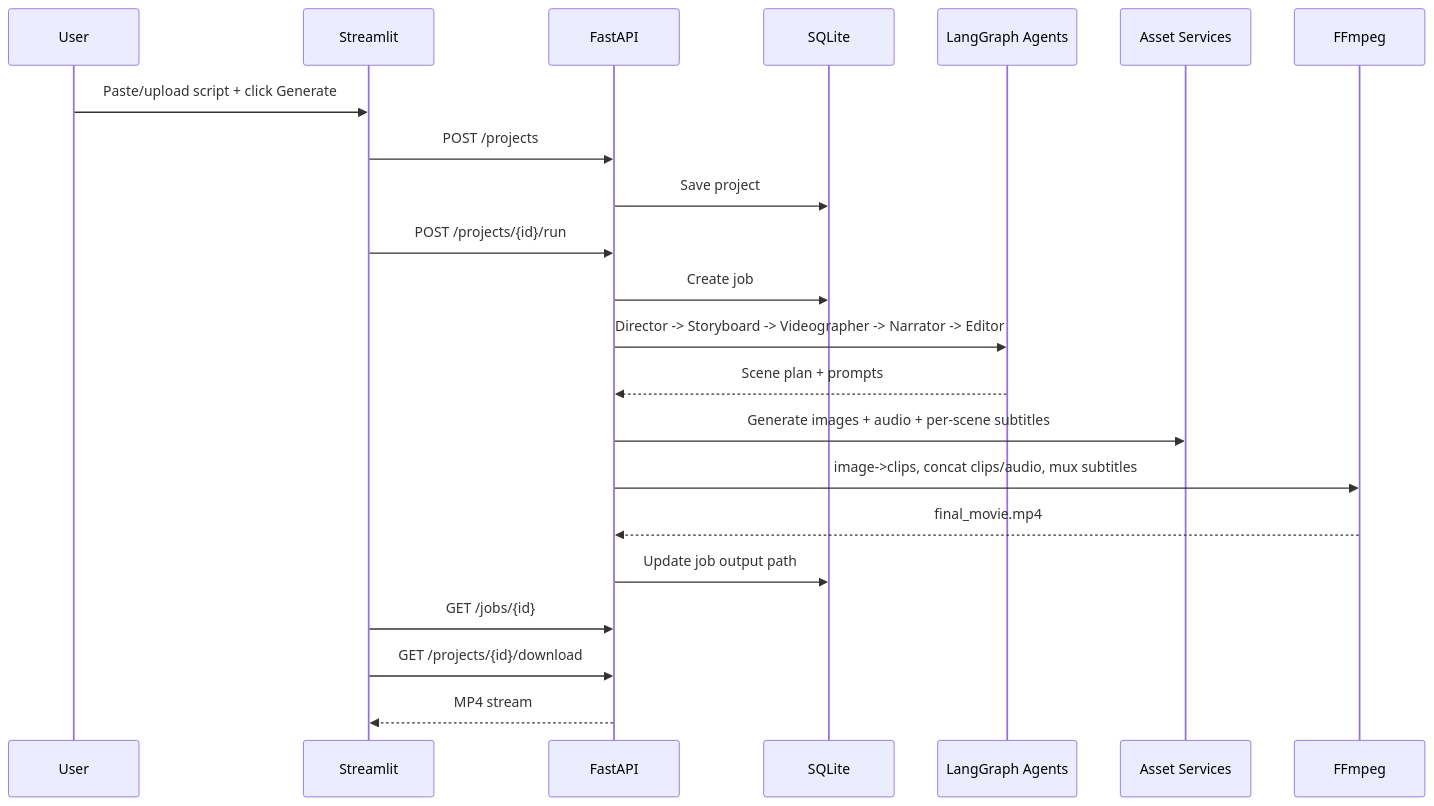
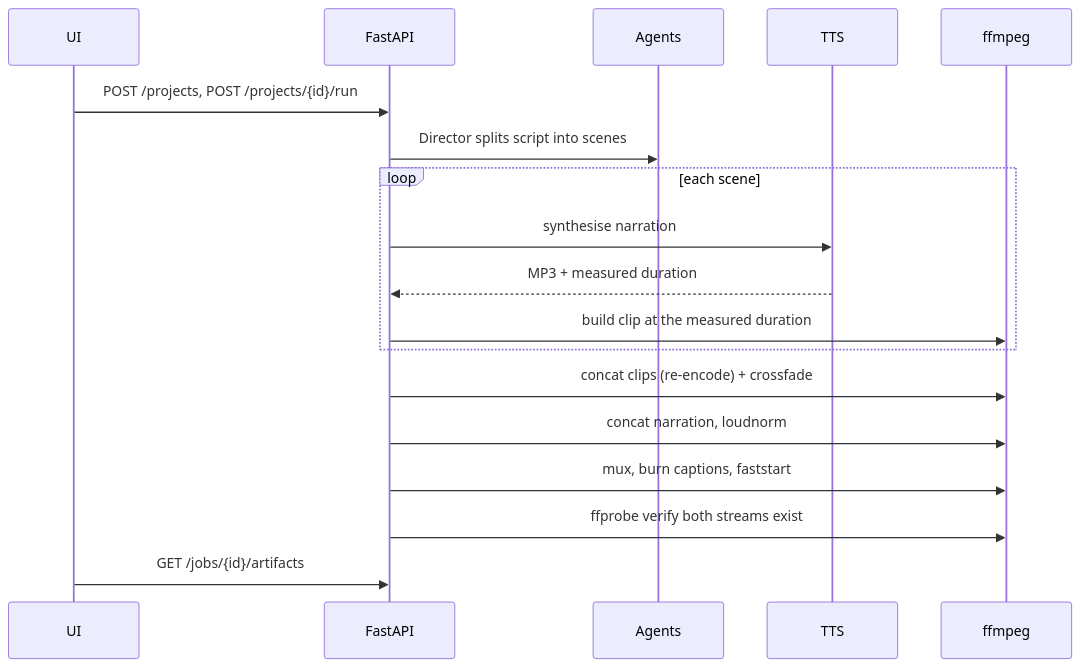
The second of 2 diagrams in docs/architecture.md (rameshjella/VidCreatorIQ), drawn with Mermaid before and after one commit. The commit also changed other lines of this file and 13 other files, not shown here.

````diff
--- a/docs/architecture.md
+++ b/docs/architecture.md
@@ -20,25 +29,21 @@
 ```mermaid
 sequenceDiagram
-    participant User
-    participant UI as Streamlit
+    participant UI
     participant API as FastAPI
-    participant DB as SQLite
-    participant AG as LangGraph Agents
-    participant GEN as Asset Services
-    participant FF as FFmpeg
+    participant AG as Agents
+    participant TTS
+    participant FF as ffmpeg
 
-    User->>UI: Paste/upload script + click Generate
-    UI->>API: POST /projects
-    API->>DB: Save project
-    UI->>API: POST /projects/{id}/run
-    API->>DB: Create job
-    API->>AG: Director -> Storyboard -> Videographer -> Narrator -> Editor
-    AG-->>API: Scene plan + prompts
-    API->>GEN: Generate images + audio + per-scene subtitles
-    API->>FF: image->clips, concat clips/audio, mux subtitles
-    FF-->>API: final_movie.mp4
-    API->>DB: Update job output path
-    UI->>API: GET /jobs/{id}
-    UI->>API: GET /projects/{id}/download
-    API-->>UI: MP4 stream
+    UI->>API: POST /projects, POST /projects/{id}/run
+    API->>AG: Director splits script into scenes
+    loop each scene
+        API->>TTS: synthesise narration
+        TTS-->>API: MP3 + measured duration
+        API->>FF: build clip at the measured duration
+    end
+    API->>FF: concat clips (re-encode) + crossfade
+    API->>FF: concat narration, loudnorm
+    API->>FF: mux, burn captions, faststart
+    API->>FF: ffprobe verify both streams exist
+    UI->>API: GET /jobs/{id}/artifacts
 ```
````
